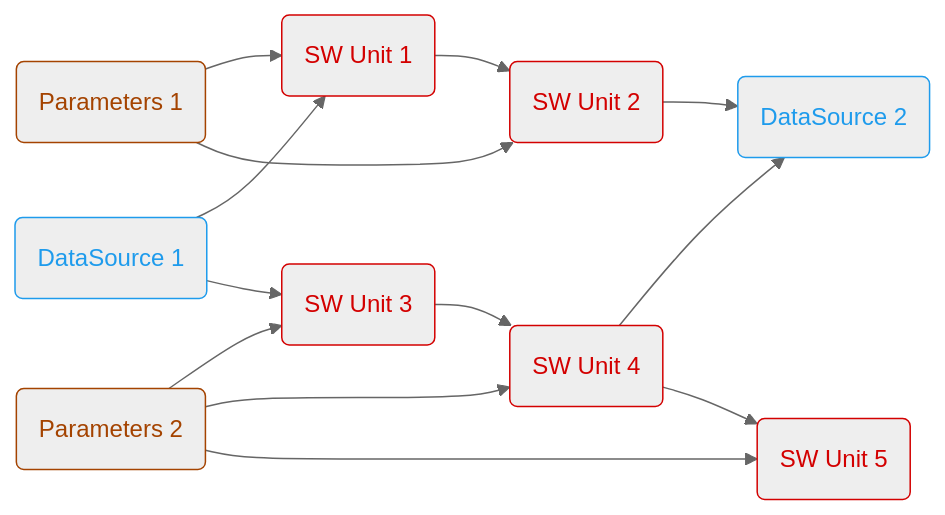
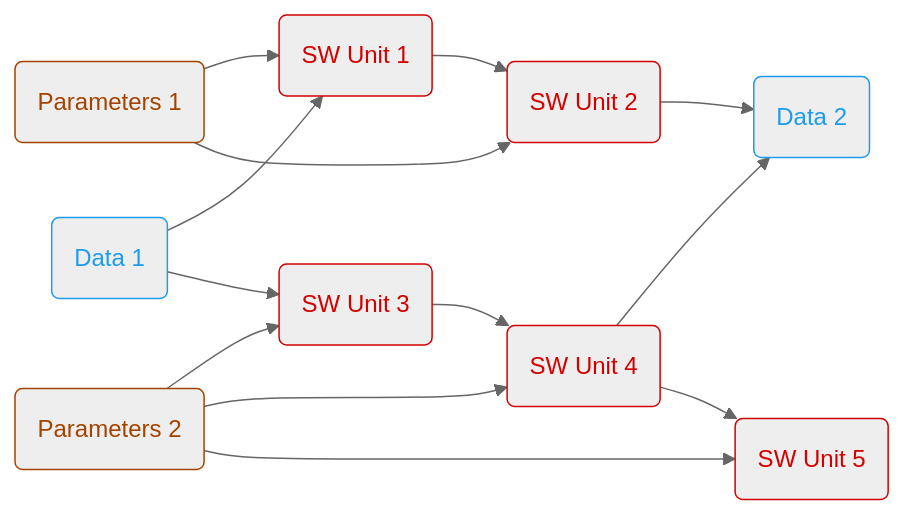
Before and after one commit to olympus-tools/ARES: the diagram in README.md, drawn with Mermaid (neutral theme). The commit also changed other lines of this file and 5 other files, not shown here.

````diff
--- a/README.md
+++ b/README.md
@@ -57,35 +58,35 @@
 ```mermaid
 flowchart LR
 
     PARAM1(Parameters 1) --> SWU1(SW Unit 1)
     PARAM1 --> SWU2(SW Unit 2)
-    MEAS1(DataSource 1) --> SWU1
+    MEAS1(Data 1) --> SWU1
     SWU1 --> SWU2
-    SWU2 --> MEAS2(DataSource 2)
+    SWU2 --> MEAS2(Data 2)
 
     PARAM2(Parameters 2) --> SWU3(SW Unit 3)
     PARAM2 --> SWU4(SW Unit 4)
     PARAM2 --> SWU5(SW Unit 5)
-    MEAS1(DataSource 1) --> SWU3
+    MEAS1(Data 1) --> SWU3
     SWU3 --> SWU4
     SWU4 --> MEAS2
     SWU4 --> SWU5
 
     classDef Parameters        color:#a44300, stroke:#a44300;
-    classDef DataSource        color:#1e9bec, stroke:#1e9bec;
+    classDef Data        color:#1e9bec, stroke:#1e9bec;
     classDef SW_Unit           color:#d30000, stroke:#d30000;
     classDef Test              color:#2eb400, stroke:#2eb400;
     classDef Plot              color:#ad00d0, stroke:#ad00d0;
     classDef Optimization      color:#e5d300, stroke:#e5d300;
 
     class PARAM1 Parameters;
     class PARAM2 Parameters;
-    class MEAS1 DataSource;
-    class MEAS2 DataSource;
+    class MEAS1 Data;
+    class MEAS2 Data;
     class SWU1 SW_Unit;
     class SWU2 SW_Unit;
     class SWU3 SW_Unit;
     class SWU4 SW_Unit;
     class SWU5 SW_Unit;
 
 ```
````
